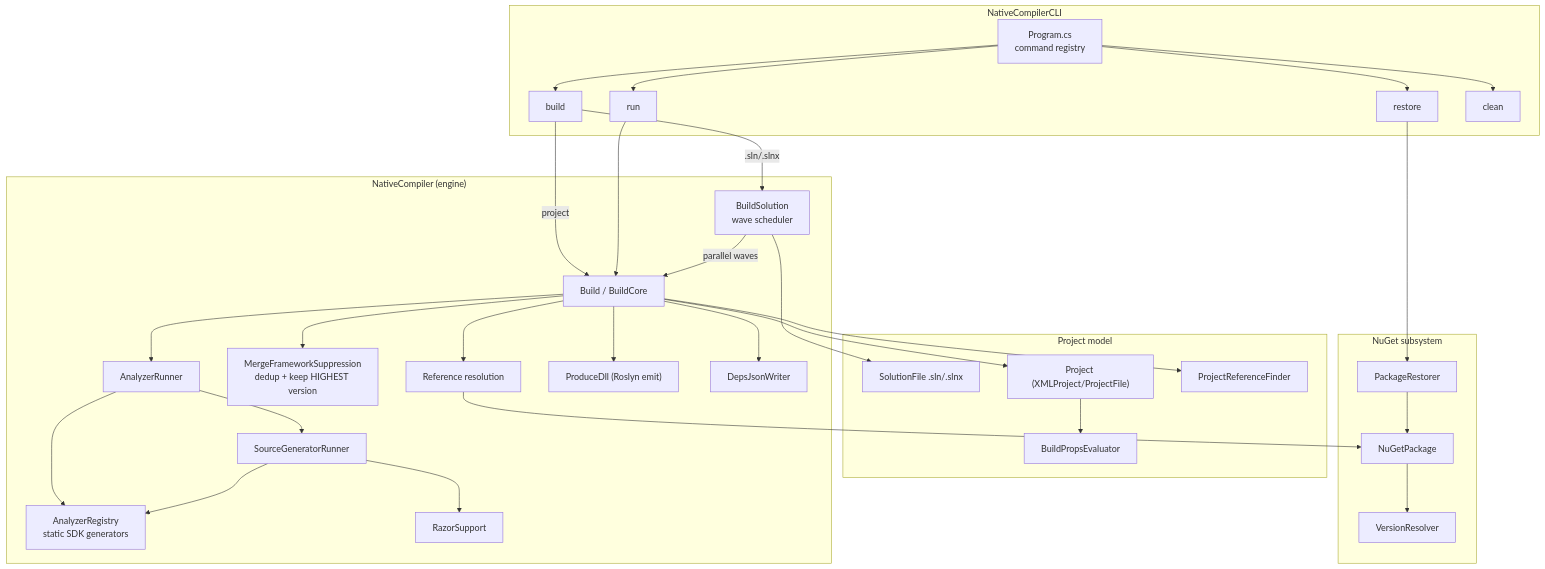
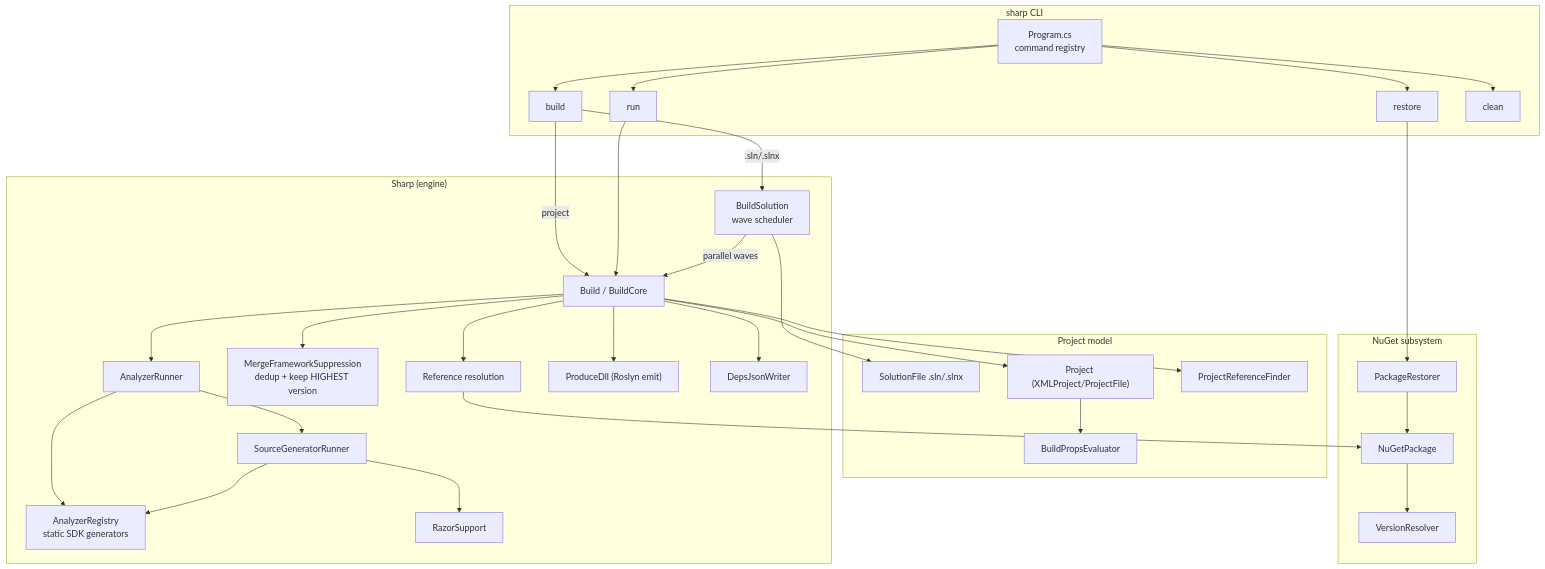
Before and after one commit to martasp/sharp: the diagram in docs/compiler-architecture.mmd, drawn with Mermaid. The commit also changed 194 other files, not shown here.

First line of the commit message:
Rename NativeCompiler to sharp (#7)

```diff
--- a/docs/compiler-architecture.mmd
+++ b/docs/compiler-architecture.mmd
@@ -1,52 +1,52 @@
 flowchart TB
-    subgraph CLI["NativeCompilerCLI"]
+    subgraph CLI["sharp CLI"]
         Program["Program.cs<br/>command registry"]
         CmdBuild["build"]
         CmdRun["run"]
         CmdRestore["restore"]
         CmdClean["clean"]
     end
 
-    subgraph CORE["NativeCompiler (engine)"]
-        NC["Build / BuildCore"]
+    subgraph CORE["Sharp (engine)"]
+        ENGINE["Build / BuildCore"]
         NCSol["BuildSolution<br/>wave scheduler"]
         Refs["Reference resolution"]
         Merge["MergeFrameworkSuppression<br/>dedup + keep HIGHEST version"]
         AR["AnalyzerRunner"]
         SG["SourceGeneratorRunner"]
         Registry["AnalyzerRegistry<br/>static SDK generators"]
         Razor["RazorSupport"]
         Emit["ProduceDll (Roslyn emit)"]
         Deps["DepsJsonWriter"]
     end
 
     subgraph MODEL["Project model"]
         SolutionFile["SolutionFile .sln/.slnx"]
         Project["Project (XMLProject/ProjectFile)"]
         BuildProps["BuildPropsEvaluator"]
         PRefFinder["ProjectReferenceFinder"]
     end
 
     subgraph NUGET["NuGet subsystem"]
         Restorer["PackageRestorer"]
         NuGetPkg["NuGetPackage"]
         VersionRes["VersionResolver"]
     end
 
     Program --> CmdBuild & CmdRun & CmdRestore & CmdClean
     CmdBuild -->|".sln/.slnx"| NCSol
-    CmdBuild -->|"project"| NC
-    CmdRun --> NC
+    CmdBuild -->|"project"| ENGINE
+    CmdRun --> ENGINE
     NCSol --> SolutionFile
-    NCSol -->|"parallel waves"| NC
-    NC --> Project --> BuildProps
-    NC --> PRefFinder
-    NC --> Refs --> NuGetPkg --> VersionRes
-    NC --> Merge
-    NC --> AR --> SG
+    NCSol -->|"parallel waves"| ENGINE
+    ENGINE --> Project --> BuildProps
+    ENGINE --> PRefFinder
+    ENGINE --> Refs --> NuGetPkg --> VersionRes
+    ENGINE --> Merge
+    ENGINE --> AR --> SG
     AR --> Registry
     SG --> Razor
     SG --> Registry
-    NC --> Emit
-    NC --> Deps
+    ENGINE --> Emit
+    ENGINE --> Deps
     CmdRestore --> Restorer --> NuGetPkg
```
